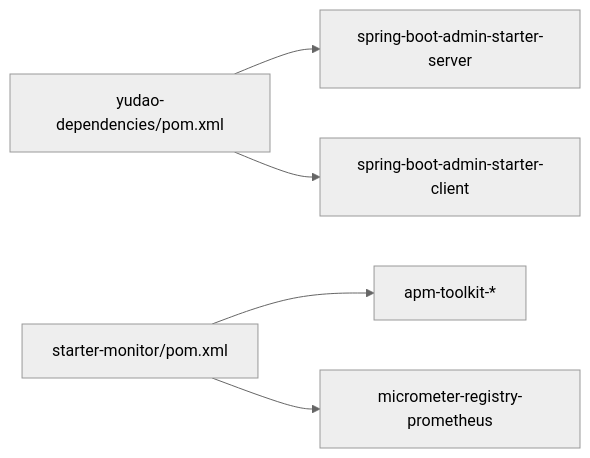
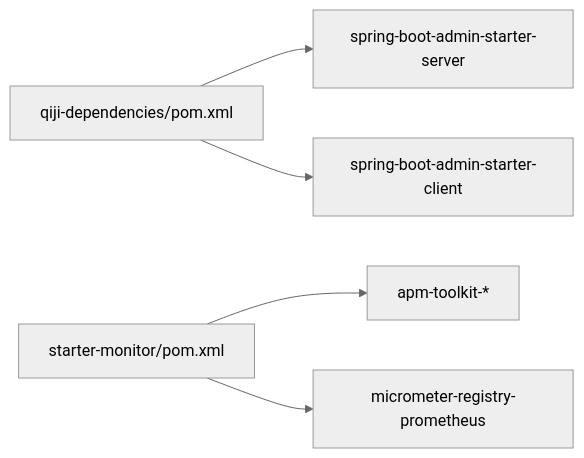
The sixth of 6 diagrams in backend/.qoder/repowiki/zh/content/部署与运维/监控与日志.md (zhuangpengLI/AgenticCPS), drawn with Mermaid (neutral theme) before and after one commit. The commit also changed other lines of this file and 3489 other files, not shown here.

````diff
--- a/backend/.qoder/repowiki/zh/content/部署与运维/监控与日志.md
+++ b/backend/.qoder/repowiki/zh/content/部署与运维/监控与日志.md
@@ -286,7 +286,7 @@
 ```mermaid
 graph LR
-POMD["yudao-dependencies/pom.xml"] --> SBA_S["spring-boot-admin-starter-server"]
+POMD["qiji-dependencies/pom.xml"] --> SBA_S["spring-boot-admin-starter-server"]
 POMD --> SBA_C["spring-boot-admin-starter-client"]
 POMT["starter-monitor/pom.xml"] --> TOOL["apm-toolkit-*"]
 POMT --> PROM["micrometer-registry-prometheus"]
 ```
````
